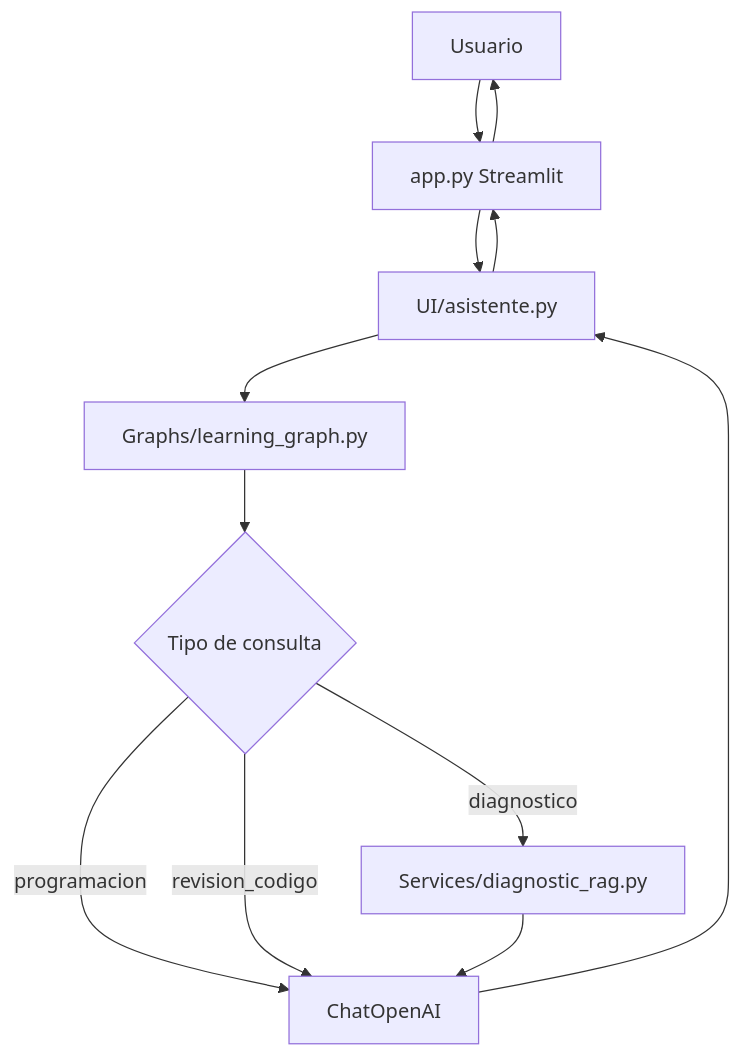
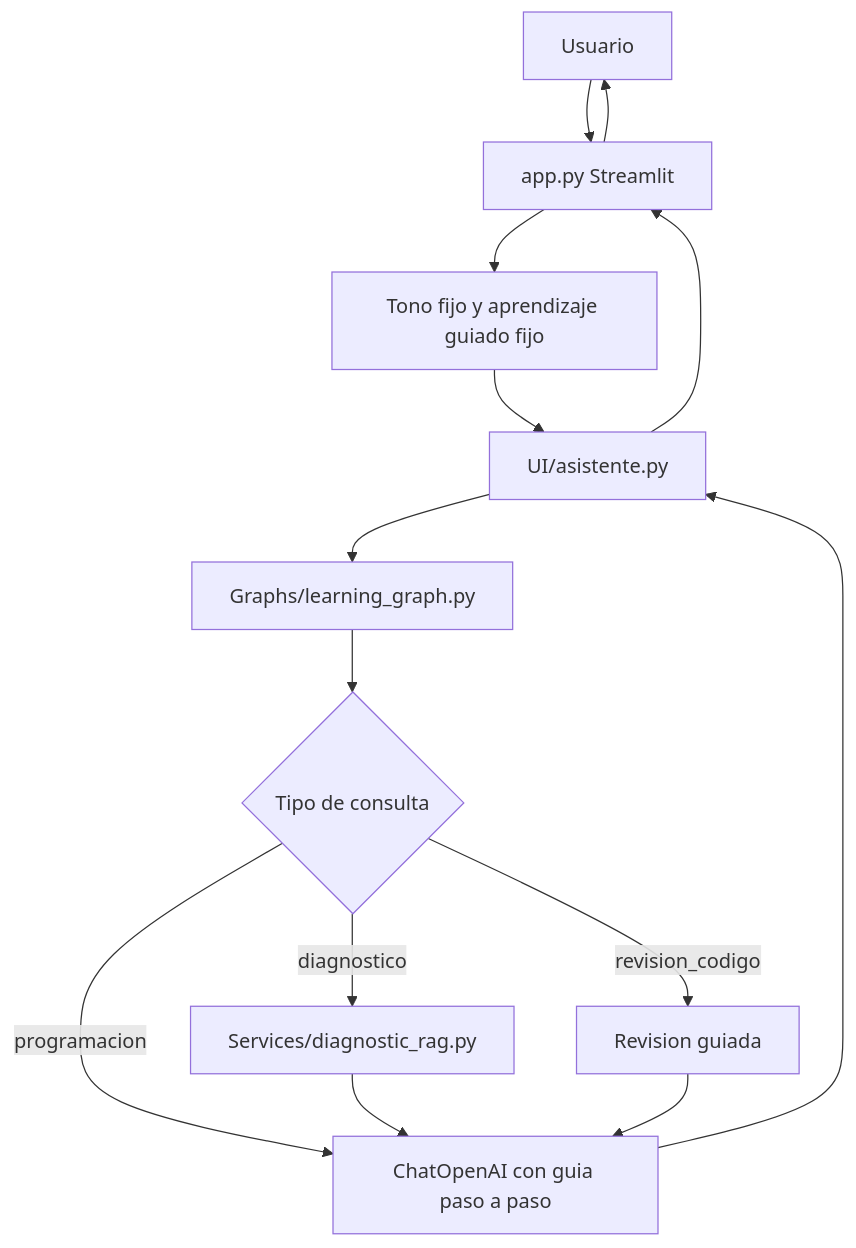
One commit to jose6668/IA-Lanchaing changed the first of 2 diagrams in README.md. Above: the diagram before and after it, drawn with Mermaid. The commit also changed other lines of this file and 10 other files, not shown here.

Commit message:
Implementa HU-004 con aprendizaje guiado y estilo visual

````diff
--- a/README.md
+++ b/README.md
@@ -75,14 +94,16 @@
 ```mermaid
 flowchart TD
     U[Usuario] --> APP[app.py Streamlit]
-    APP --> UI[UI/asistente.py]
+    APP --> CONST[Tono fijo y aprendizaje guiado fijo]
+    CONST --> UI[UI/asistente.py]
     UI --> G[Graphs/learning_graph.py]
     G --> C{Tipo de consulta}
     C -->|diagnostico| RAG[Services/diagnostic_rag.py]
-    C -->|programacion| LLM[ChatOpenAI]
-    C -->|revision_codigo| LLM
+    C -->|programacion| LLM[ChatOpenAI con guia paso a paso]
+    C -->|revision_codigo| CODE[Revision guiada]
     RAG --> LLM
+    CODE --> LLM
     LLM --> UI
     UI --> APP
     APP --> U
 ```
````
